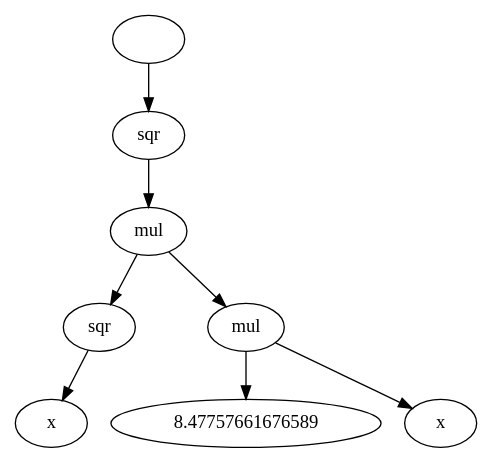
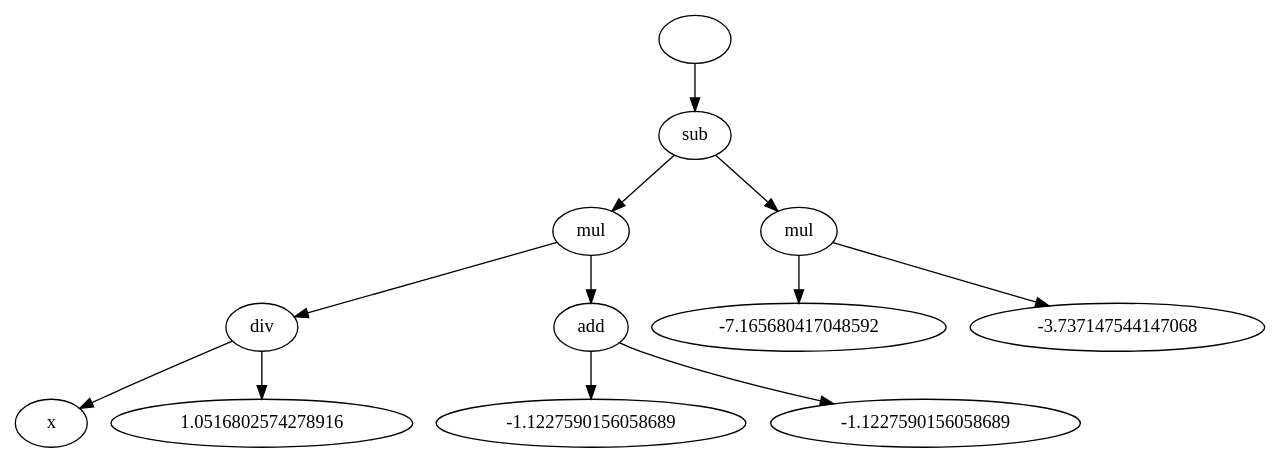
One commit to munifgebara/josilTs changed the diagram in report/node.dot. Above: the diagram before and after it, drawn with Graphviz. The commit also changed 39 other files, not shown here.

```diff
--- a/report/node.dot
+++ b/report/node.dot
@@ -1,17 +1,25 @@
  digraph G1 {
 N1 [label=""];
 N1 -> N10;
-N10 [label="sqr"];
-N10 -> N18;
-N18 [label="mul"];
-N18 -> N27;
-N27 [label="sqr"];
-N27 -> N35;
-N35 [label="x"];
-N18 -> N36;
-N36 [label="mul"];
-N36 -> N45;
-N45 [label="8.47757661676589"];
-N36 -> N46;
-N46 [label="x"];
+N10 [label="sub"];
+N10 -> N19;
+N19 [label="mul"];
+N19 -> N28;
+N28 [label="div"];
+N28 -> N37;
+N37 [label="x"];
+N28 -> N38;
+N38 [label="1.0516802574278916"];
+N19 -> N39;
+N39 [label="add"];
+N39 -> N48;
+N48 [label="-1.1227590156058689"];
+N39 -> N49;
+N49 [label="-1.1227590156058689"];
+N10 -> N50;
+N50 [label="mul"];
+N50 -> N59;
+N59 [label="-7.165680417048592"];
+N50 -> N66;
+N66 [label="-3.737147544147068"];
 }
```
